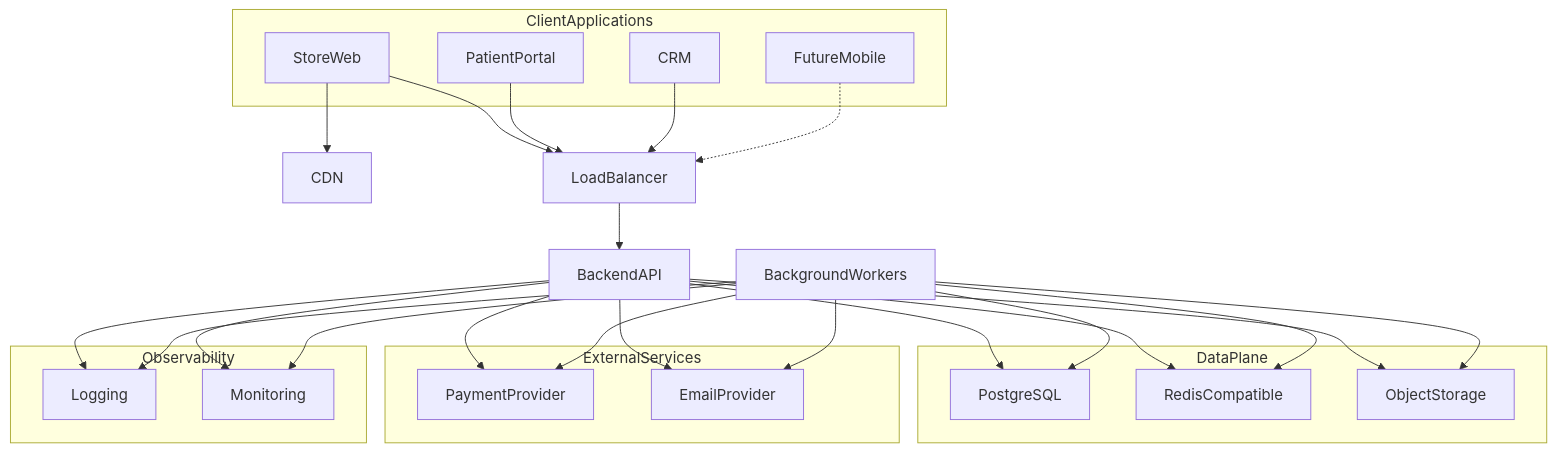
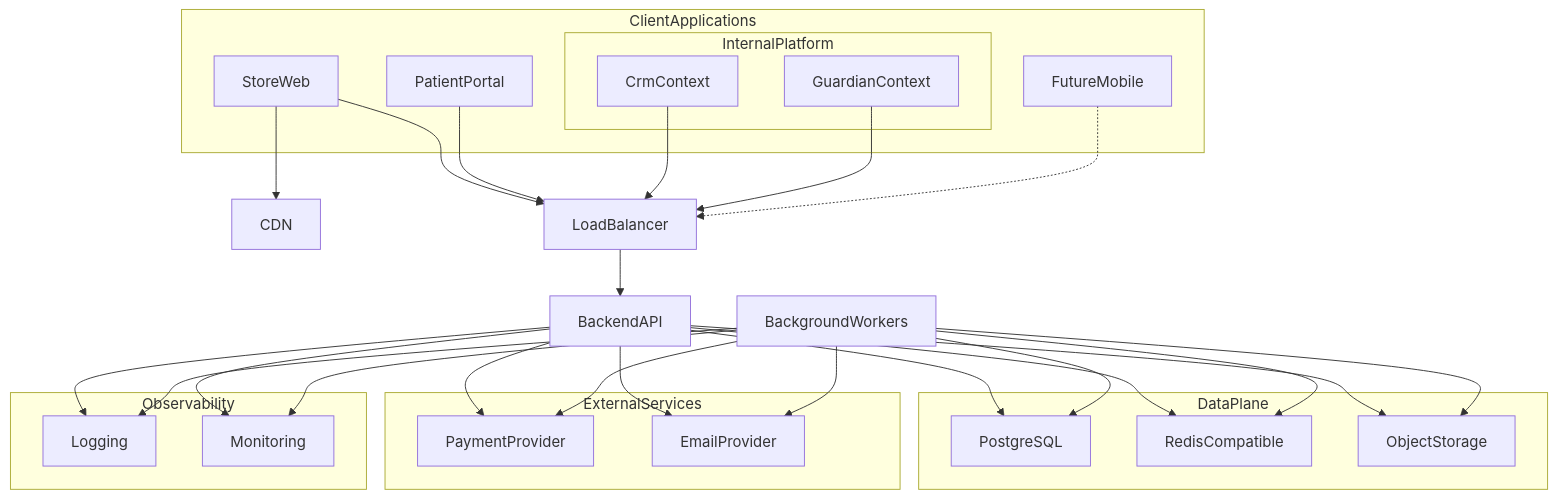
One commit to theabhissengar/clinexa-platform changed the first of 14 diagrams in docs/05-system-architecture.md. Above: the diagram before and after it, drawn with Mermaid. The commit also changed other lines of this file and 22 other files, not shown here.

Commit message:
Document Clinexa ecosystem and Internal Platform (CRM + Guardian).

````diff
--- a/docs/05-system-architecture.md
+++ b/docs/05-system-architecture.md
@@ -166,51 +179,55 @@
 ```mermaid
 flowchart TB
   subgraph clients [ClientApplications]
     store[StoreWeb]
     portal[PatientPortal]
-    crm[CRM]
+    subgraph internal [InternalPlatform]
+      crm[CrmContext]
+      guardian[GuardianContext]
+    end
     mobile[FutureMobile]
   end
 
   cdn[CDN]
   lb[LoadBalancer]
   api[BackendAPI]
   workers[BackgroundWorkers]
 
   subgraph data [DataPlane]
     pg[PostgreSQL]
     redis[RedisCompatible]
     objects[ObjectStorage]
   end
 
   subgraph external [ExternalServices]
     psp[PaymentProvider]
     email[EmailProvider]
   end
 
   subgraph observe [Observability]
     logs[Logging]
     metrics[Monitoring]
   end
 
   store --> cdn
   store --> lb
   portal --> lb
   crm --> lb
+  guardian --> lb
   mobile -.-> lb
   lb --> api
   api --> pg
   api --> redis
   api --> objects
   api --> psp
   api --> email
   workers --> redis
   workers --> pg
   workers --> objects
   workers --> psp
   workers --> email
   api --> logs
   api --> metrics
   workers --> logs
   workers --> metrics
 ```
````
